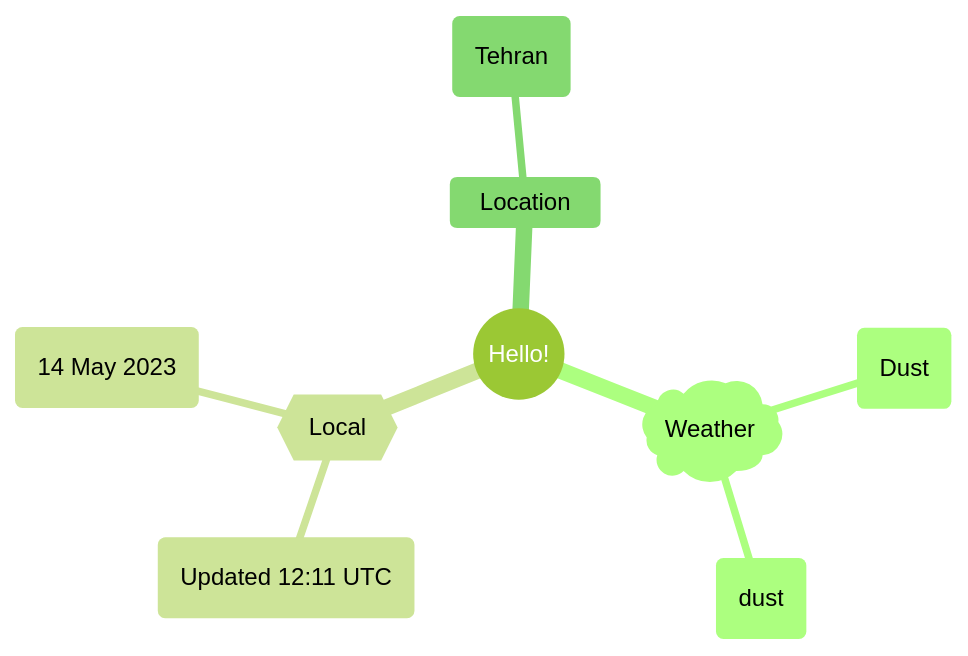
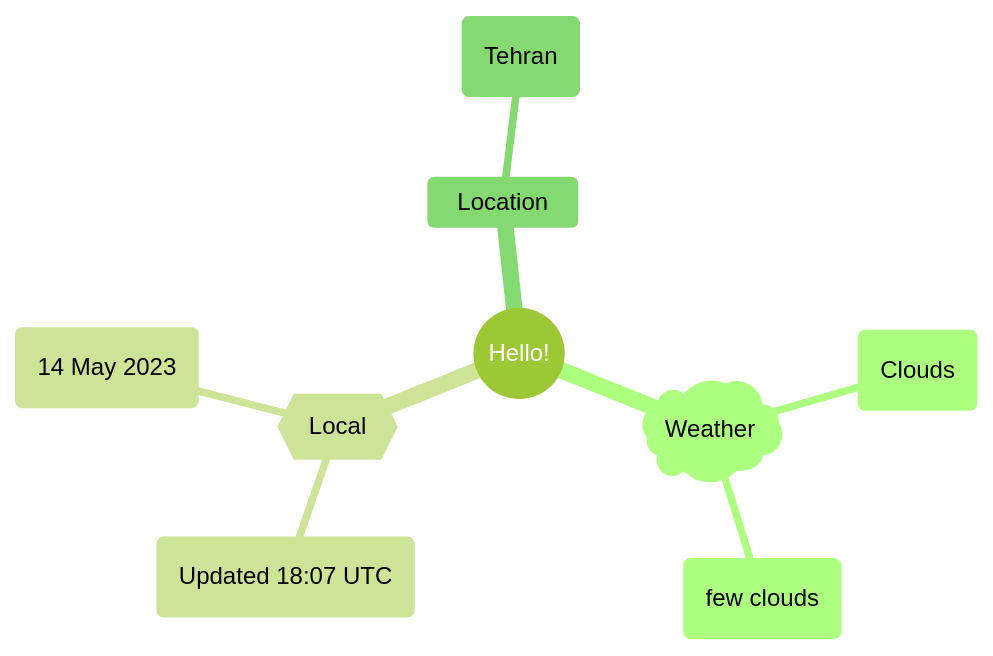
The first of 2 diagrams in README.md (Xosrov/Xosrov), drawn with Mermaid (forest theme) before and after one commit.

Commit message:
[bot] updated images

````diff
--- a/README.md
+++ b/README.md
@@ -3,12 +3,12 @@
 ```mermaid
 mindmap
   root((Hello!))
     )Weather(
-        (Dust)
-        (dust)
+        (Clouds)
+        (few clouds)
     {{Local}}
-        (Updated 12:11 UTC)
+        (Updated 18:07 UTC)
         (14 May 2023)
     Location
         (Tehran)
 ```
````
